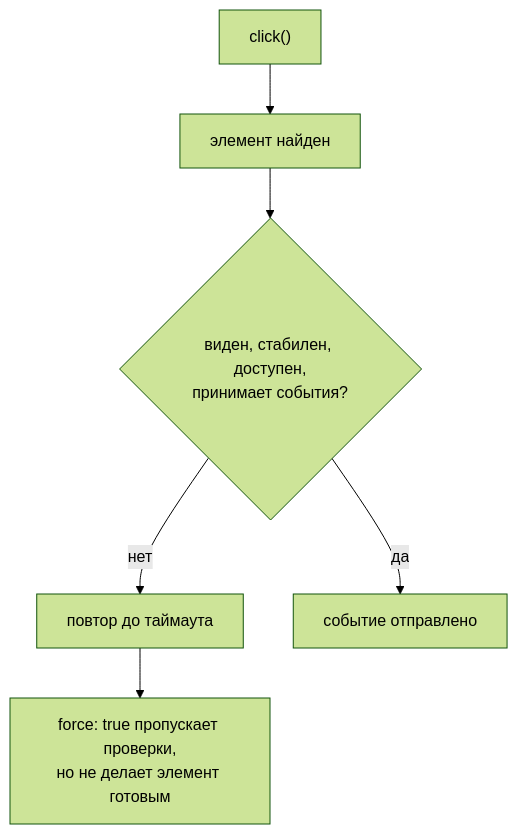
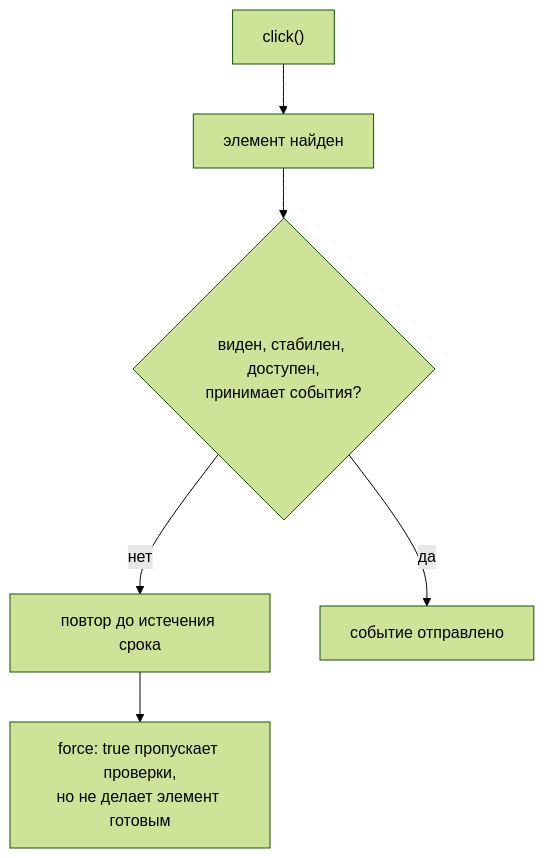
The diagram in docs/03-automation-qa/170-user-actions.md (Bimba333/qa-js-ts-cookbook), drawn with Mermaid (forest theme) before and after one commit. The commit also changed other lines of this file and 530 other files, not shown here.

````diff
--- a/docs/03-automation-qa/170-user-actions.md
+++ b/docs/03-automation-qa/170-user-actions.md
@@ -96,8 +96,8 @@
 ```mermaid
 flowchart TD
     A["click()"] --> B["элемент найден"]
     B --> C{"виден, стабилен, доступен,<br/>принимает события?"}
-    C -- "нет" --> D["повтор до таймаута"]
+    C -- "нет" --> D["повтор до истечения срока"]
     C -- "да" --> E["событие отправлено"]
     D --> F["force: true пропускает проверки,<br/>но не делает элемент готовым"]
 ```
````
